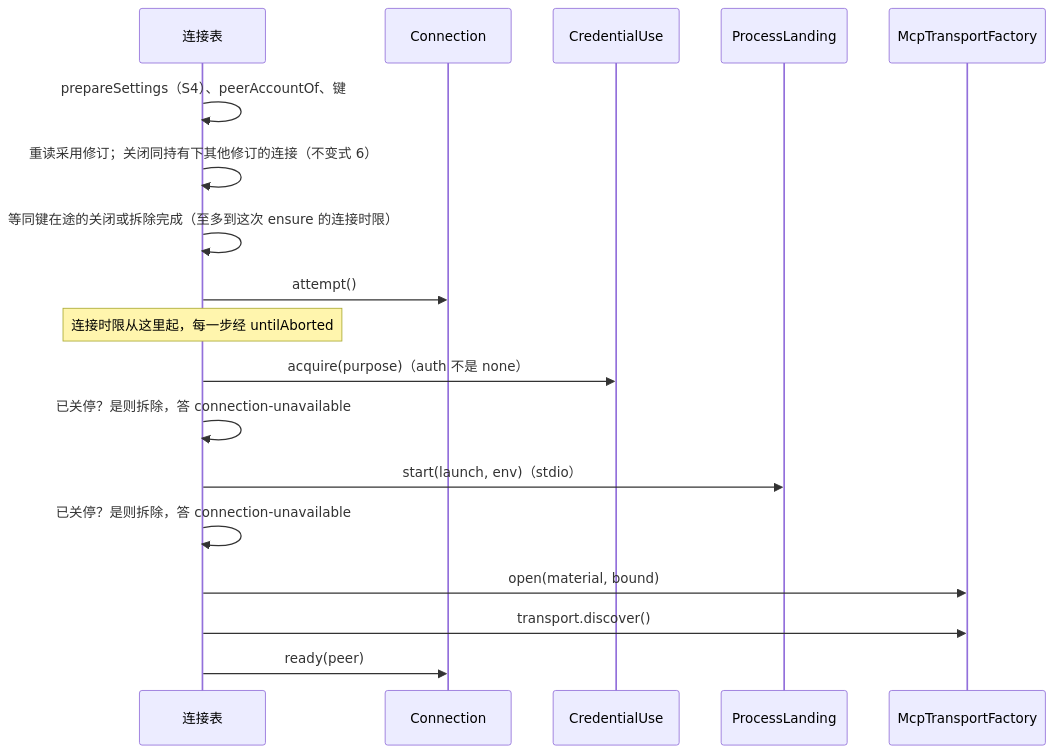
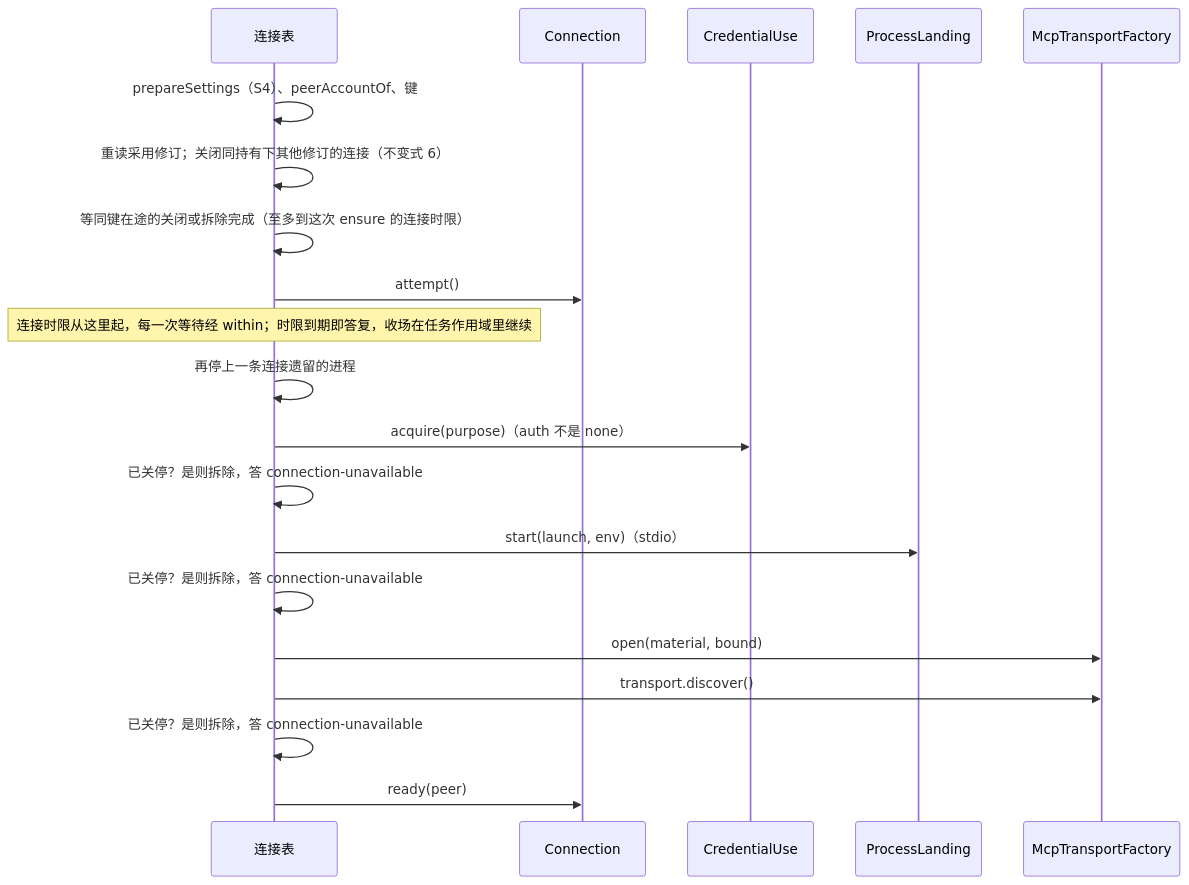
One commit to nemori-ai/omne-harness-lite changed the second of 2 diagrams in packages/mcp/mcp/docs/flows.md. Above: the diagram before and after it, drawn with Mermaid. The commit also changed other lines of this file and 47 other files, not shown here.

````diff
--- a/packages/mcp/mcp/docs/flows.md
+++ b/packages/mcp/mcp/docs/flows.md
@@ -37,20 +37,22 @@
 ```mermaid
 sequenceDiagram
     participant T as 连接表
     participant A as Connection
     participant U as CredentialUse
     participant L as ProcessLanding
     participant F as McpTransportFactory
     T->>T: prepareSettings（S4）、peerAccountOf、键
     T->>T: 重读采用修订；关闭同持有下其他修订的连接（不变式 6）
     T->>T: 等同键在途的关闭或拆除完成（至多到这次 ensure 的连接时限）
     T->>A: attempt()
-    note over T: 连接时限从这里起，每一步经 untilAborted
+    note over T: 连接时限从这里起，每一次等待经 within；时限到期即答复，收场在任务作用域里继续
+    T->>T: 再停上一条连接遗留的进程
     T->>U: acquire(purpose)（auth 不是 none）
     T->>T: 已关停？是则拆除，答 connection-unavailable
     T->>L: start(launch, env)（stdio）
     T->>T: 已关停？是则拆除，答 connection-unavailable
     T->>F: open(material, bound)
     T->>F: transport.discover()
+    T->>T: 已关停？是则拆除，答 connection-unavailable
     T->>A: ready(peer)
 ```
````
